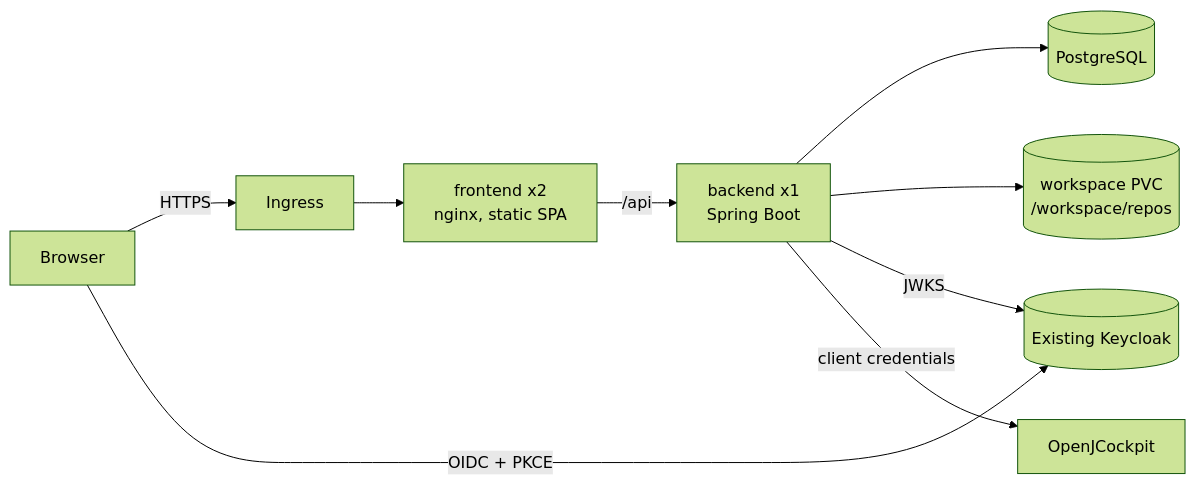
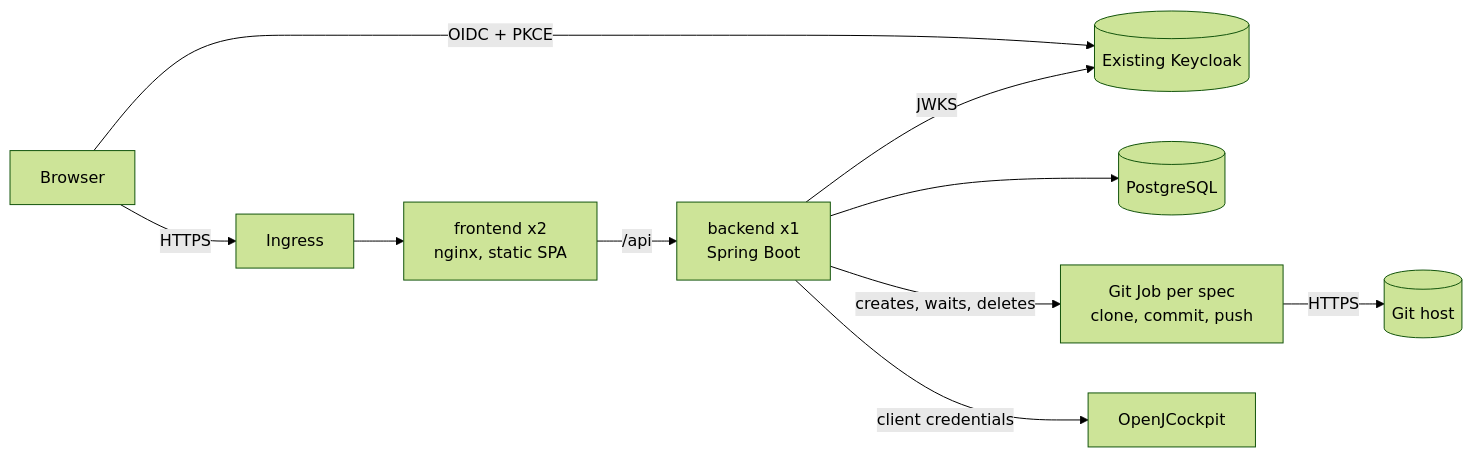
Before and after one commit to OpenJCockpit/OpenJControlTower: the diagram in docs/KUBERNETES.md, drawn with Mermaid (forest theme). The commit also changed other lines of this file and 74 other files, not shown here.

Commit message:
feat: Add git configuration per project and check git connection button.

````diff
--- a/docs/KUBERNETES.md
+++ b/docs/KUBERNETES.md
@@ -7,11 +7,12 @@
 ```mermaid
 flowchart LR
   U[Browser] -->|HTTPS| I[Ingress]
   U -->|OIDC + PKCE| K[(Existing Keycloak)]
   I --> F[frontend x2<br/>nginx, static SPA]
   F -->|/api| B[backend x1<br/>Spring Boot]
   B --> P[(PostgreSQL)]
-  B --> W[(workspace PVC<br/>/workspace/repos)]
+  B -->|creates, waits, deletes| J[Git Job per spec<br/>clone, commit, push]
+  J -->|HTTPS| G[(Git host)]
   B -->|JWKS| K
   B -->|client credentials| C[OpenJCockpit]
 ```
````
